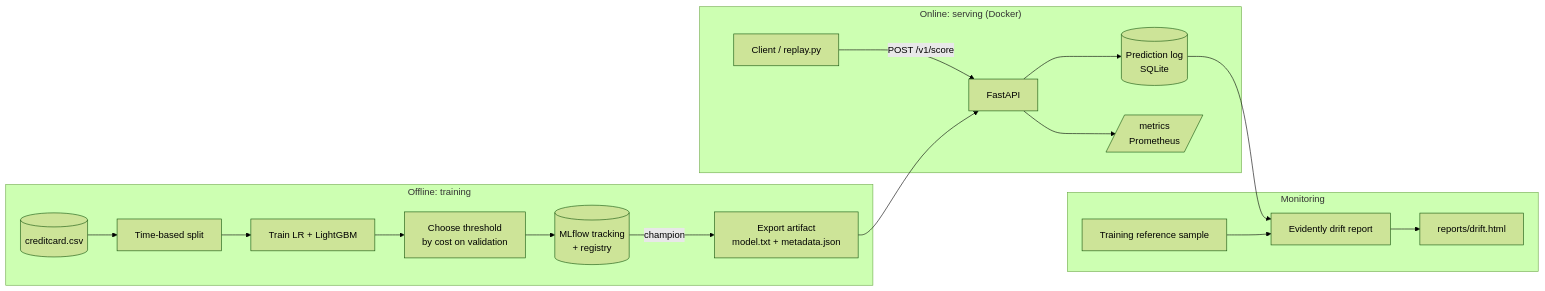
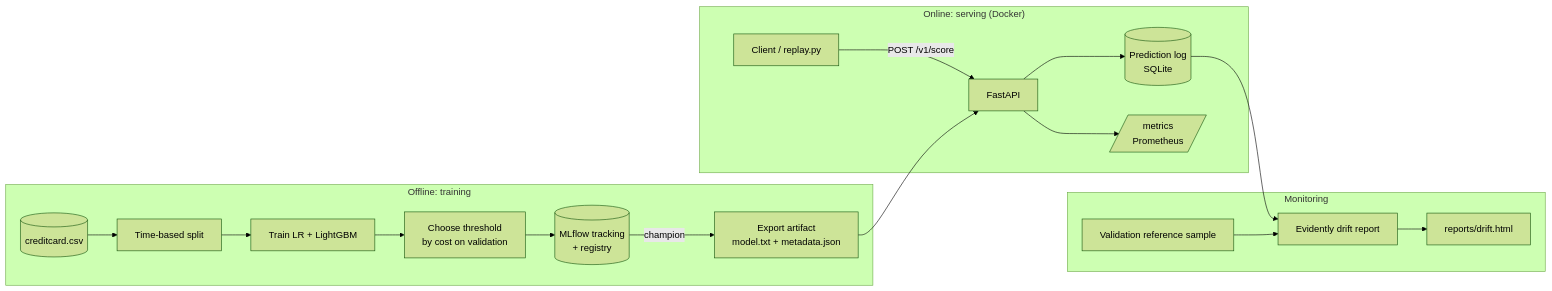
The diagram in docs/PRD.md (himaallu/CardSheild), drawn with Mermaid (forest theme) before and after one commit. The commit also changed other lines of this file and 2 other files, not shown here.

First line of the commit message:
docs: README with real results, architecture and run steps; fill resume bullet

````diff
--- a/docs/PRD.md
+++ b/docs/PRD.md
@@ -137,21 +137,21 @@
 ```mermaid
 flowchart LR
   subgraph Offline["Offline: training"]
     D[(creditcard.csv)] --> SP[Time-based split]
     SP --> TR[Train LR + LightGBM]
     TR --> TH[Choose threshold<br/>by cost on validation]
     TH --> ML[(MLflow tracking<br/>+ registry)]
     ML -->|champion| EX[Export artifact<br/>model.txt + metadata.json]
   end
   subgraph Online["Online: serving (Docker)"]
     C[Client / replay.py] -->|POST /v1/score| API[FastAPI]
     EX --> API
     API --> LOG[(Prediction log<br/>SQLite)]
     API --> PM[/metrics<br/>Prometheus/]
   end
   subgraph Monitor["Monitoring"]
     LOG --> DR[Evidently drift report]
-    REF[Training reference sample] --> DR
+    REF[Validation reference sample] --> DR
     DR --> RPT[reports/drift.html]
   end
 ```
````
